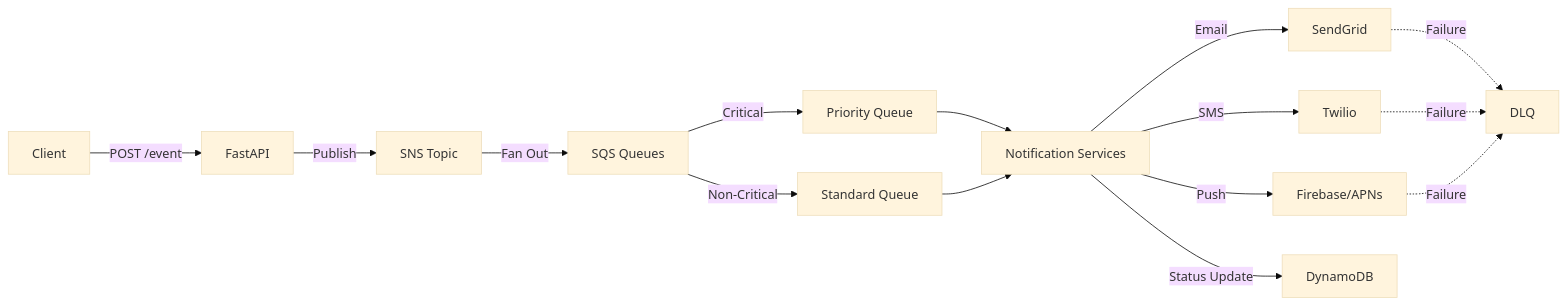
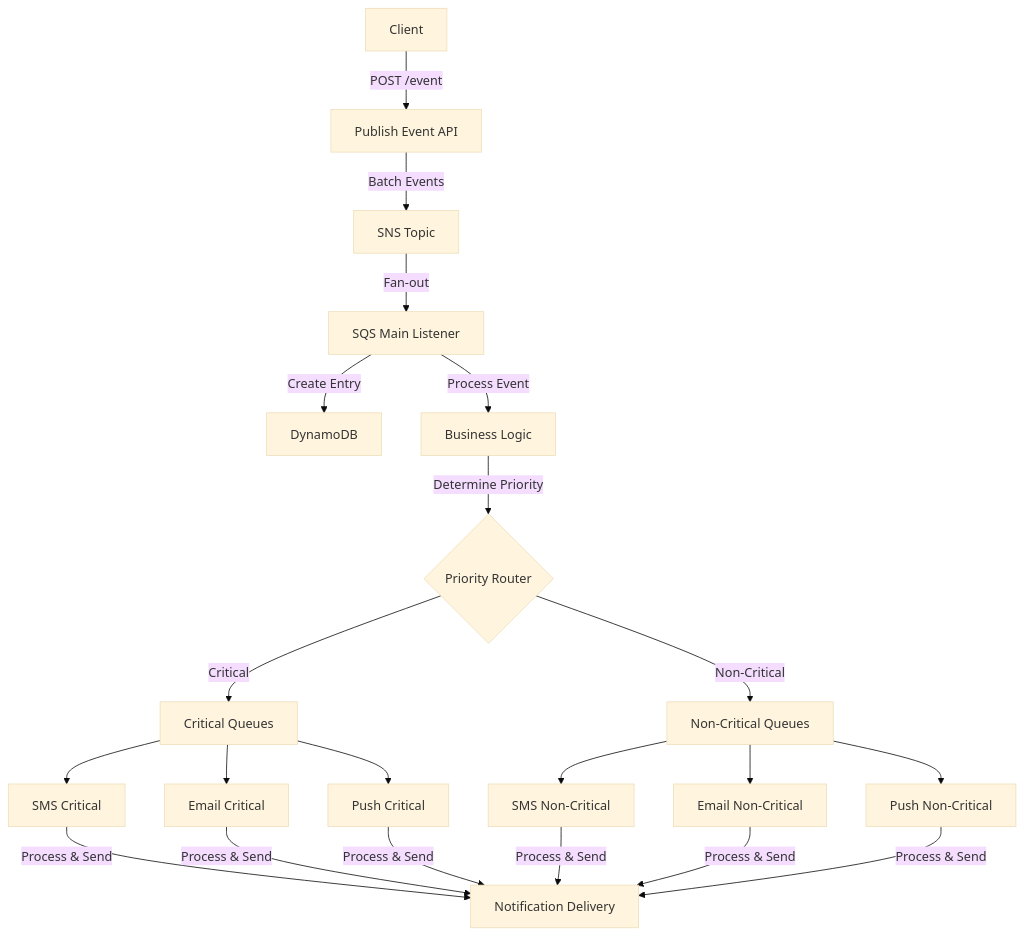
Before and after one commit to mkeshavgarg/event-notification-system: the diagram in README.md, drawn with Mermaid (base theme). The commit also changed other lines of this file, not shown here.

````diff
--- a/README.md
+++ b/README.md
@@ -88,15 +88,18 @@
 ```mermaid
-graph LR
-    A[Client] -->|POST /event| B[FastAPI]
-    B -->|Publish| C[SNS Topic]
-    C -->|Fan Out| D[SQS Queues]
-    D -->|Critical| E[Priority Queue]
-    D -->|Non-Critical| F[Standard Queue]
-    E --> G[Notification Services]
-    F --> G
-    G -->|Email| H[SendGrid]
-    G -->|SMS| I[Twilio]
-    G -->|Push| J[Firebase/APNs]
-    G -->|Status Update| K[DynamoDB]
-    H & I & J -.->|Failure| L[DLQ]
+graph TD
+A[Client] -->|POST /event| B[Publish Event API]
+B -->|Batch Events| C[SNS Topic]
+C -->|Fan-out| D[SQS Main Listener]
+D -->|Create Entry| E[DynamoDB]
+D -->|Process Event| F[Business Logic]
+F -->|Determine Priority| G{Priority Router}
+G -->|Critical| H1[Critical Queues]
+G -->|Non-Critical| H2[Non-Critical Queues]
+H1 --> I1[SMS Critical]
+H1 --> I2[Email Critical]
+H1 --> I3[Push Critical]
+H2 --> J1[SMS Non-Critical]
+H2 --> J2[Email Non-Critical]
+H2 --> J3[Push Non-Critical]
+I1 & I2 & I3 & J1 & J2 & J3 -->|Process & Send| K[Notification Delivery]
 ```
````
